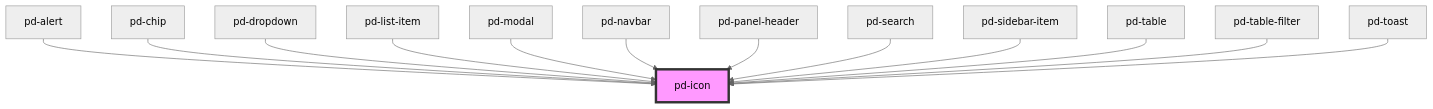
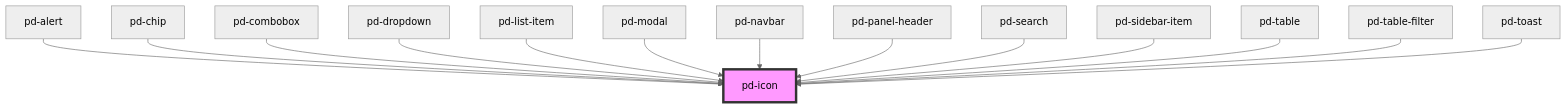
The diagram in src/components/pd-icon/readme.md (Lambda-IT/parlamentsdienste-components), drawn with Mermaid (neutral theme) before and after one commit. The commit also changed other lines of this file and 3 other files, not shown here.

````diff
--- a/src/components/pd-icon/readme.md
+++ b/src/components/pd-icon/readme.md
@@ -63,16 +64,17 @@
 ```mermaid
 graph TD;
   pd-alert --> pd-icon
   pd-chip --> pd-icon
+  pd-combobox --> pd-icon
   pd-dropdown --> pd-icon
   pd-list-item --> pd-icon
   pd-modal --> pd-icon
   pd-navbar --> pd-icon
   pd-panel-header --> pd-icon
   pd-search --> pd-icon
   pd-sidebar-item --> pd-icon
   pd-table --> pd-icon
   pd-table-filter --> pd-icon
   pd-toast --> pd-icon
   style pd-icon fill:#f9f,stroke:#333,stroke-width:4px
 ```
````
